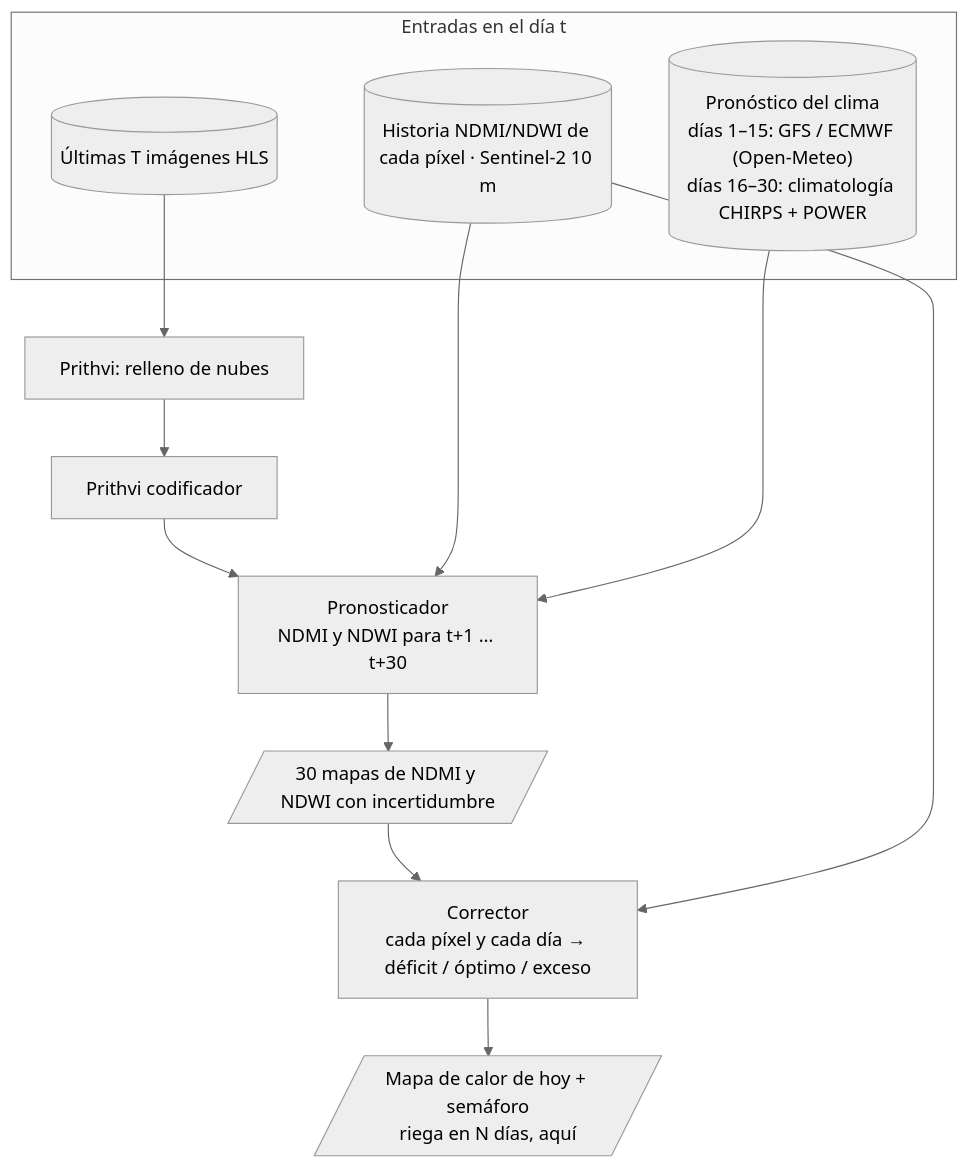
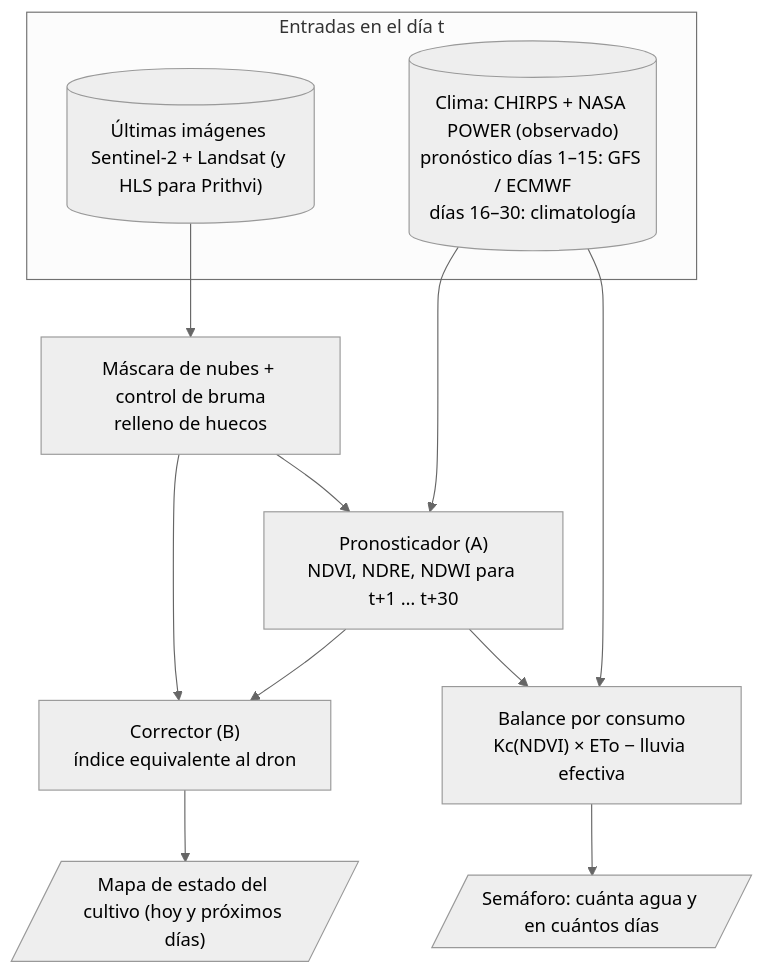
The third of 3 diagrams in docs/informe_preliminar.md (GomSal/SIRA), drawn with Mermaid (neutral theme) before and after one commit. The commit also changed other lines of this file, not shown here.

Commit message:
Informe preliminar reestructurado: nueva variable de interés del modelo B (corrector satélite→dron) con esquema entrenamiento/validación/prueba anidado por temporada y modelos candidatos; bitácora de pruebas

````diff
--- a/docs/informe_preliminar.md
+++ b/docs/informe_preliminar.md
@@ -195,17 +280,16 @@
 ```mermaid
 flowchart TB
   subgraph ENTRADAS["Entradas en el día t"]
-    H[("Últimas T imágenes HLS")]
-    S2[("Historia NDMI/NDWI de cada píxel · Sentinel-2 10 m")]
-    CF[("Pronóstico del clima<br/>días 1–15: GFS / ECMWF (Open-Meteo)<br/>días 16–30: climatología CHIRPS + POWER")]
+    H[("Últimas imágenes Sentinel-2 + Landsat (y HLS para Prithvi)")]
+    CF[("Clima: CHIRPS + NASA POWER (observado)<br/>pronóstico días 1–15: GFS / ECMWF<br/>días 16–30: climatología")]
   end
-  H --> GAP["Prithvi: relleno de nubes"]
-  GAP --> ENC["Prithvi codificador"]
-  ENC --> CAB["Pronosticador<br/>NDMI y NDWI para t+1 … t+30"]
-  S2 --> CAB
-  CF --> CAB
-  CAB --> OUT[/"30 mapas de NDMI y NDWI con incertidumbre"/]
-  OUT --> COR["Corrector<br/>cada píxel y cada día → déficit / óptimo / exceso"]
-  S2 --> COR
-  COR --> MAPA[/"Mapa de calor de hoy + semáforo<br/>riega en N días, aquí"/]
+  H --> QC["Máscara de nubes + control de bruma<br/>relleno de huecos"]
+  QC --> PRO["Pronosticador (A)<br/>NDVI, NDRE, NDWI para t+1 … t+30"]
+  CF --> PRO
+  QC --> COR["Corrector (B)<br/>índice equivalente al dron"]
+  PRO --> COR
+  COR --> MAPA[/"Mapa de estado del cultivo (hoy y próximos días)"/]
+  PRO --> BAL["Balance por consumo<br/>Kc(NDVI) × ETo − lluvia efectiva"]
+  CF --> BAL
+  BAL --> SEM[/"Semáforo: cuánta agua y en cuántos días"/]
 ```
````
